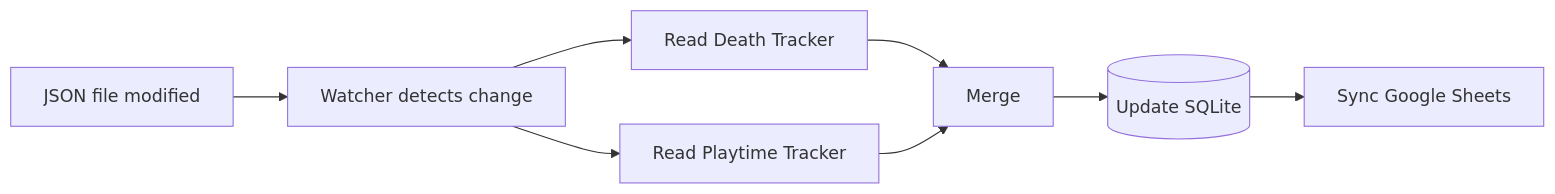
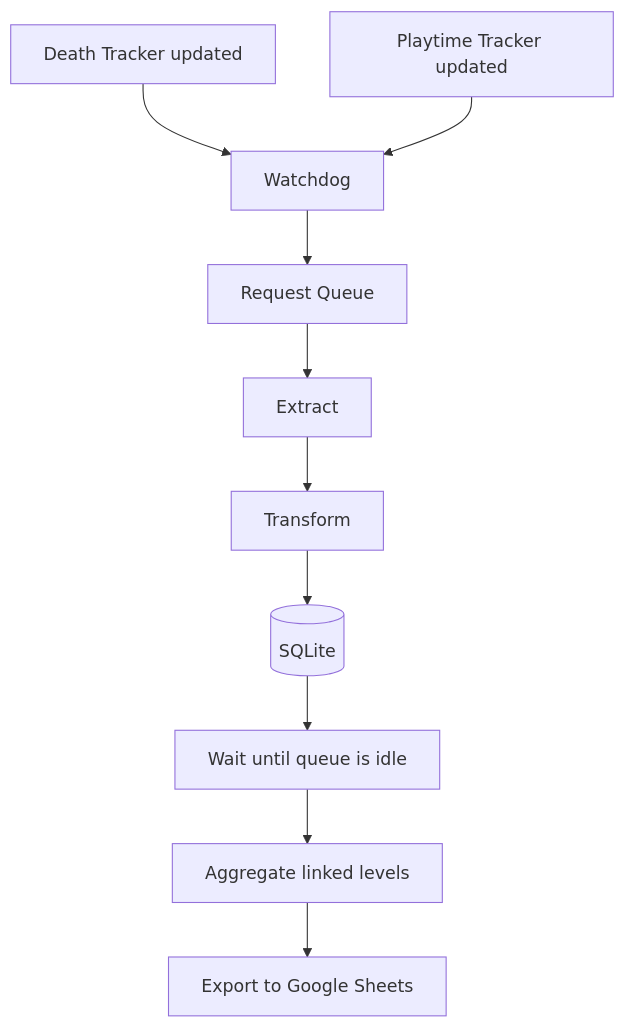
One commit to LeviTemoteo/gd-Pipeline changed the second of 2 diagrams in README.md. Above: the diagram before and after it, drawn with Mermaid. The commit also changed other lines of this file, not shown here.

````diff
--- a/README.md
+++ b/README.md
@@ -58,25 +72,23 @@
 ```mermaid
-flowchart LR
+flowchart TD
 
-A[JSON file modified]
+    A[Death Tracker updated]
+    B[Playtime Tracker updated]
 
-B[Watcher detects change]
+    A --> C[Watchdog]
+    B --> C
 
-C[Read Death Tracker]
+    C --> D[Request Queue]
 
-D[Read Playtime Tracker]
+    D --> E[Extract]
 
-E[Merge]
+    E --> F[Transform]
 
-DB[(Update SQLite)]
+    F --> G[(SQLite)]
 
-G[Sync Google Sheets]
+    G --> H[Wait until queue is idle]
 
-A --> B
-B --> C
-B --> D
-C --> E
-D --> E
-E --> DB
-DB --> G
+    H --> I[Aggregate linked levels]
+
+    I --> J[Export to Google Sheets]
 ```
````
